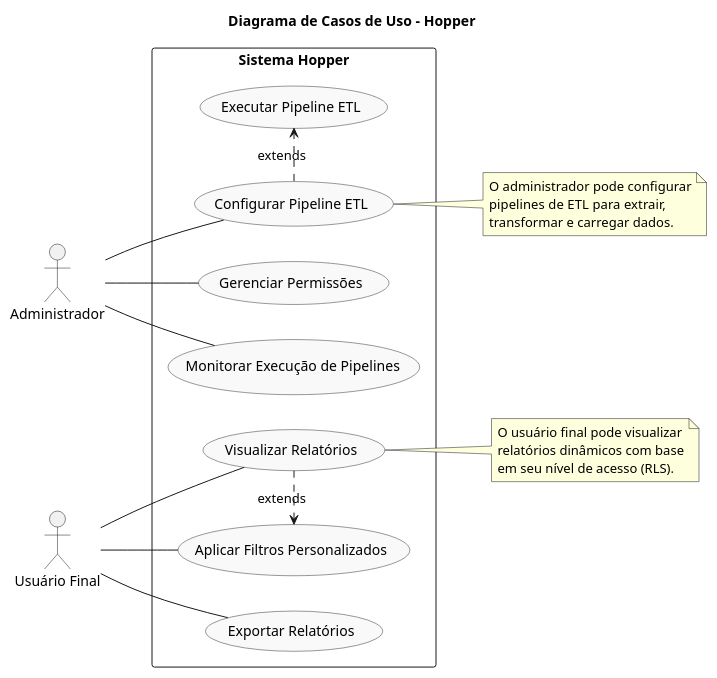
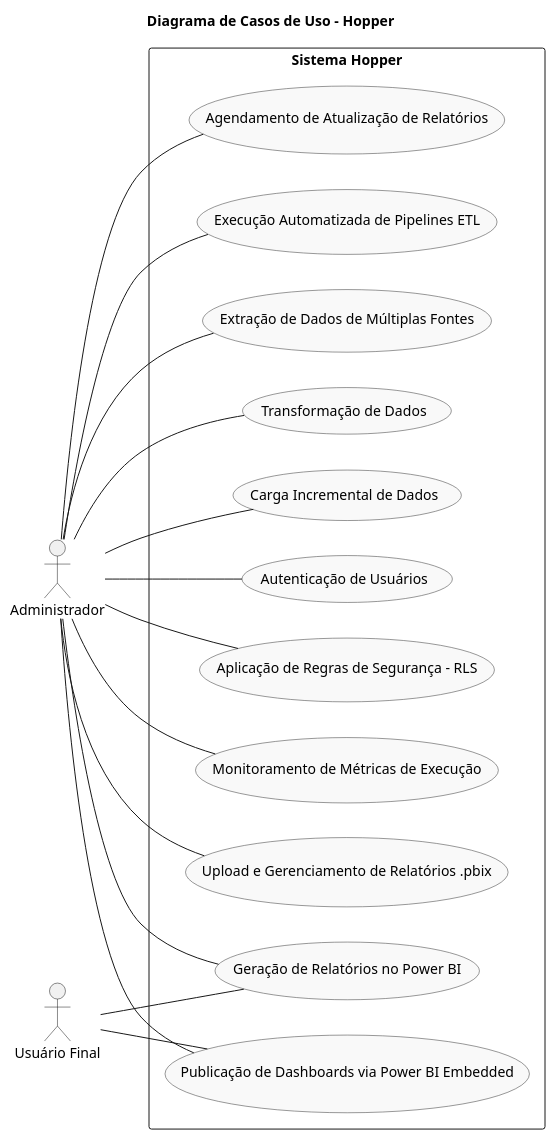
The diagram in docs/c4/Hopper_Casos_de_Uso.plantuml (until99/hopper), drawn with PlantUML before and after one commit. The commit also changed 2 other files, not shown here.

```diff
--- a/docs/c4/Hopper_Casos_de_Uso.plantuml
+++ b/docs/c4/Hopper_Casos_de_Uso.plantuml
@@ -1,41 +1,45 @@
 @startuml Hopper_Casos_de_Uso
 left to right direction
 skinparam packageStyle rectangle
 skinparam usecase {
   BackgroundColor #f9f9f9
   BorderColor #333
   FontName Arial
   FontSize 14
 }
 
 title Diagrama de Casos de Uso - Hopper
 
 actor Administrador
 actor "Usuário Final" as Usuario
 
 rectangle "Sistema Hopper" {
-  Administrador -- (Configurar Pipeline ETL)
-  Administrador -- (Gerenciar Permissões)
-  Administrador -- (Monitorar Execução de Pipelines)
+  (Execução Automatizada de Pipelines ETL)
+  (Extração de Dados de Múltiplas Fontes)
+  (Transformação de Dados)
+  (Carga Incremental de Dados)
+  (Geração de Relatórios no Power BI)
+  (Autenticação de Usuários)
+  ("Aplicação de Regras de Segurança - RLS")
+  (Publicação de Dashboards via Power BI Embedded)
+  (Monitoramento de Métricas de Execução)
+  ("Upload e Gerenciamento de Relatórios .pbix")
+  (Agendamento de Atualização de Relatórios)
 
-  Usuario -- (Visualizar Relatórios)
-  Usuario -- (Aplicar Filtros Personalizados)
-  Usuario -- (Exportar Relatórios)
+  Administrador -- (Execução Automatizada de Pipelines ETL)
+  Administrador -- (Extração de Dados de Múltiplas Fontes)
+  Administrador -- (Transformação de Dados)
+  Administrador -- (Carga Incremental de Dados)
+  Administrador -- (Geração de Relatórios no Power BI)
+  Administrador -- (Autenticação de Usuários)
+  Administrador -- ("Aplicação de Regras de Segurança - RLS")
+  Administrador -- (Publicação de Dashboards via Power BI Embedded)
+  Administrador -- (Monitoramento de Métricas de Execução)
+  Administrador -- ("Upload e Gerenciamento de Relatórios .pbix")
+  Administrador -- (Agendamento de Atualização de Relatórios)
 
-  (Configurar Pipeline ETL) .> (Executar Pipeline ETL) : extends
-  (Visualizar Relatórios) .> (Aplicar Filtros Personalizados) : extends
-}
-
-note right of (Configurar Pipeline ETL)
-  O administrador pode configurar
-  pipelines de ETL para extrair,
-  transformar e carregar dados.
-end note
-
-note right of (Visualizar Relatórios)
-  O usuário final pode visualizar
-  relatórios dinâmicos com base
-  em seu nível de acesso (RLS).
-end note
+    Usuario -- (Geração de Relatórios no Power BI)
+    Usuario -- (Publicação de Dashboards via Power BI Embedded)
+  }
 
 @enduml
```
